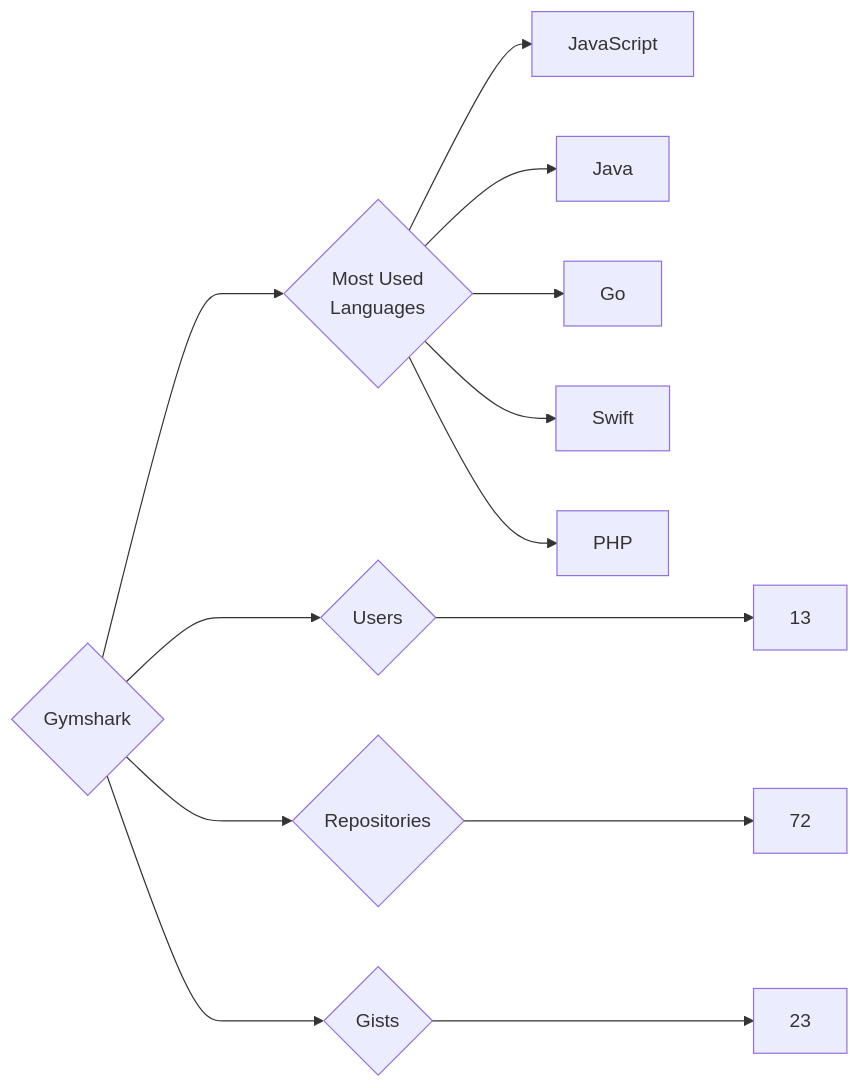
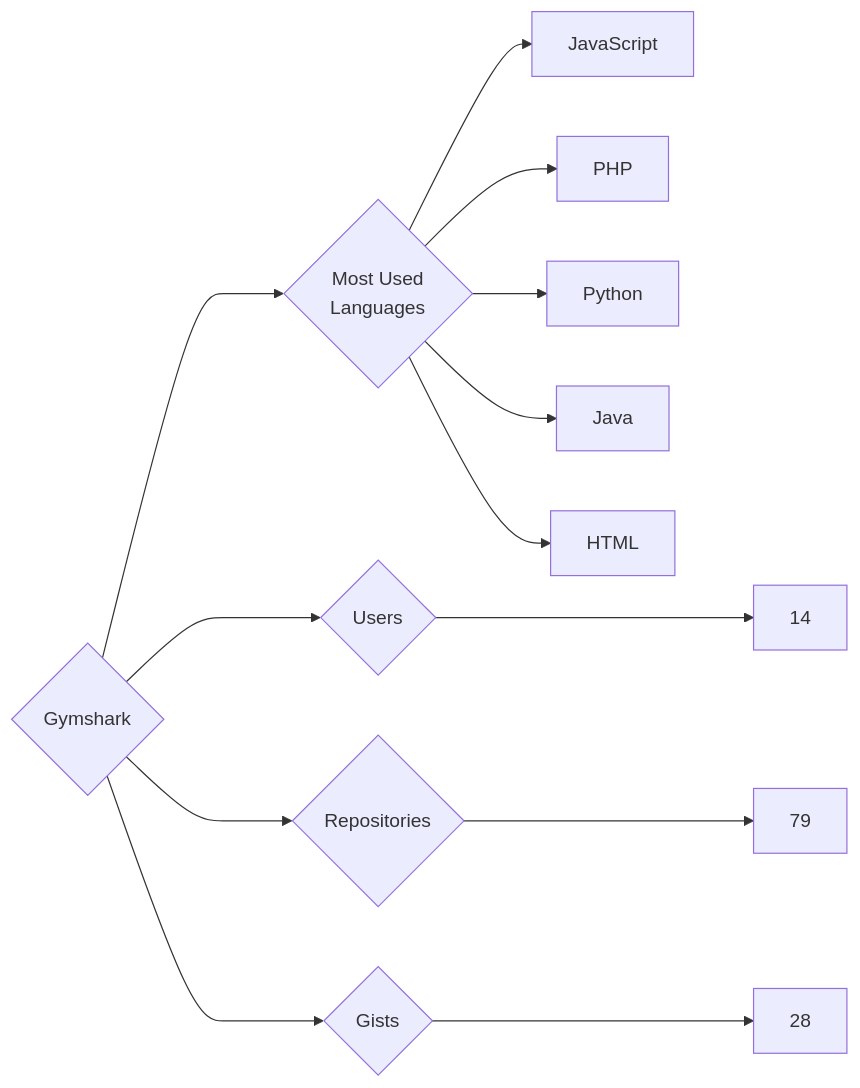
One commit to trickest/insiders changed the diagram in targets/Gymshark/README.md. Above: the diagram before and after it, drawn with Mermaid. The commit also changed 715 other files, not shown here.

````diff
--- a/targets/Gymshark/README.md
+++ b/targets/Gymshark/README.md
@@ -3,13 +3,13 @@
 ```mermaid
 graph LR
 COMPANY_NAME{Gymshark}
-COMPANY_NAME ---> U{Users} ---> UN[13]
-COMPANY_NAME ---> R{Repositories} ---> RN[72]
-COMPANY_NAME ---> G{Gists} ---> GN[23]
+COMPANY_NAME ---> U{Users} ---> UN[14]
+COMPANY_NAME ---> R{Repositories} ---> RN[79]
+COMPANY_NAME ---> G{Gists} ---> GN[28]
 COMPANY_NAME ---> ML{Most Used<br>Languages}
 ML --> JavaScript[JavaScript]
+ML --> PHP[PHP]
+ML --> Python[Python]
 ML --> Java[Java]
-ML --> Go[Go]
-ML --> Swift[Swift]
-ML --> PHP[PHP]
+ML --> HTML[HTML]
 ```
````
